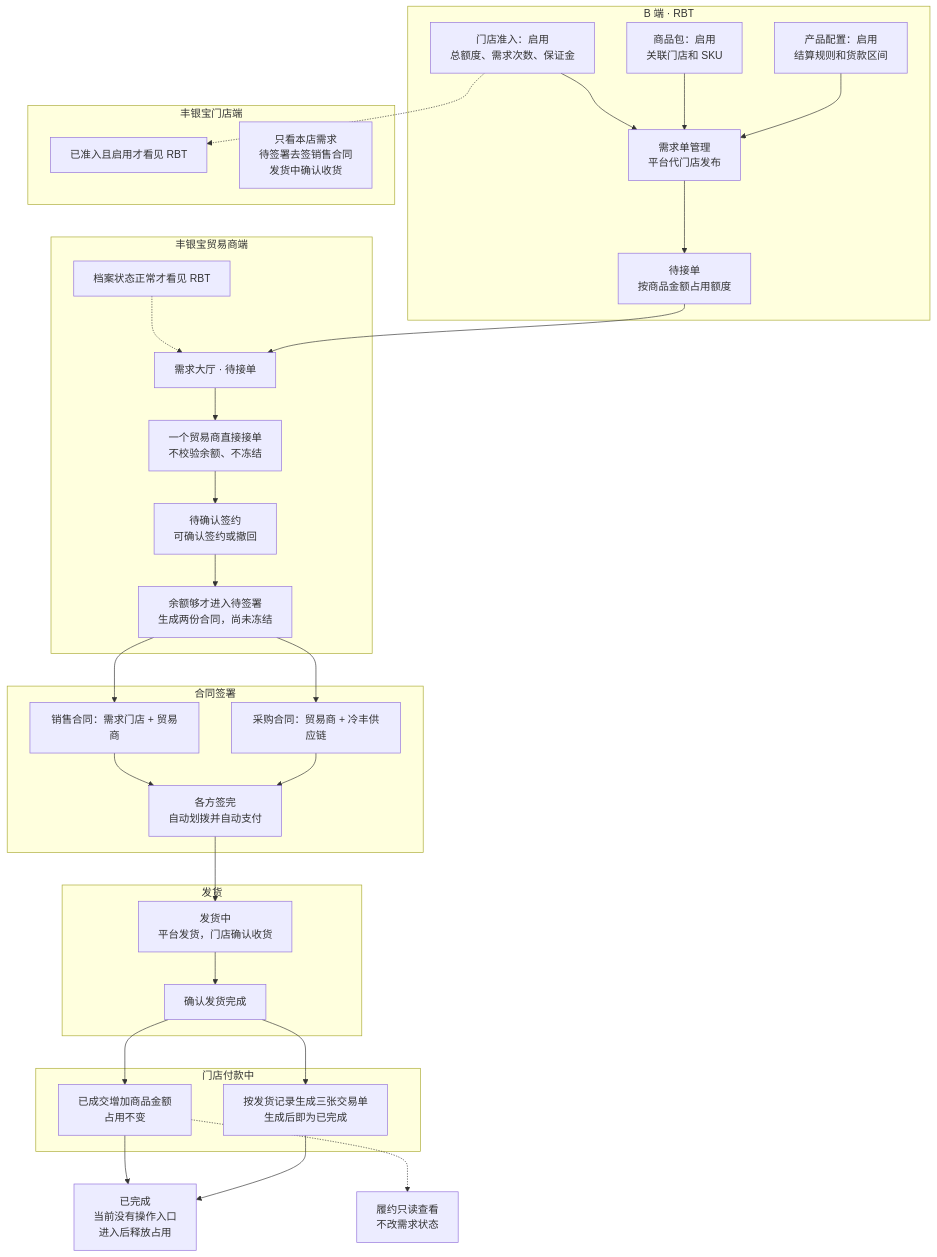
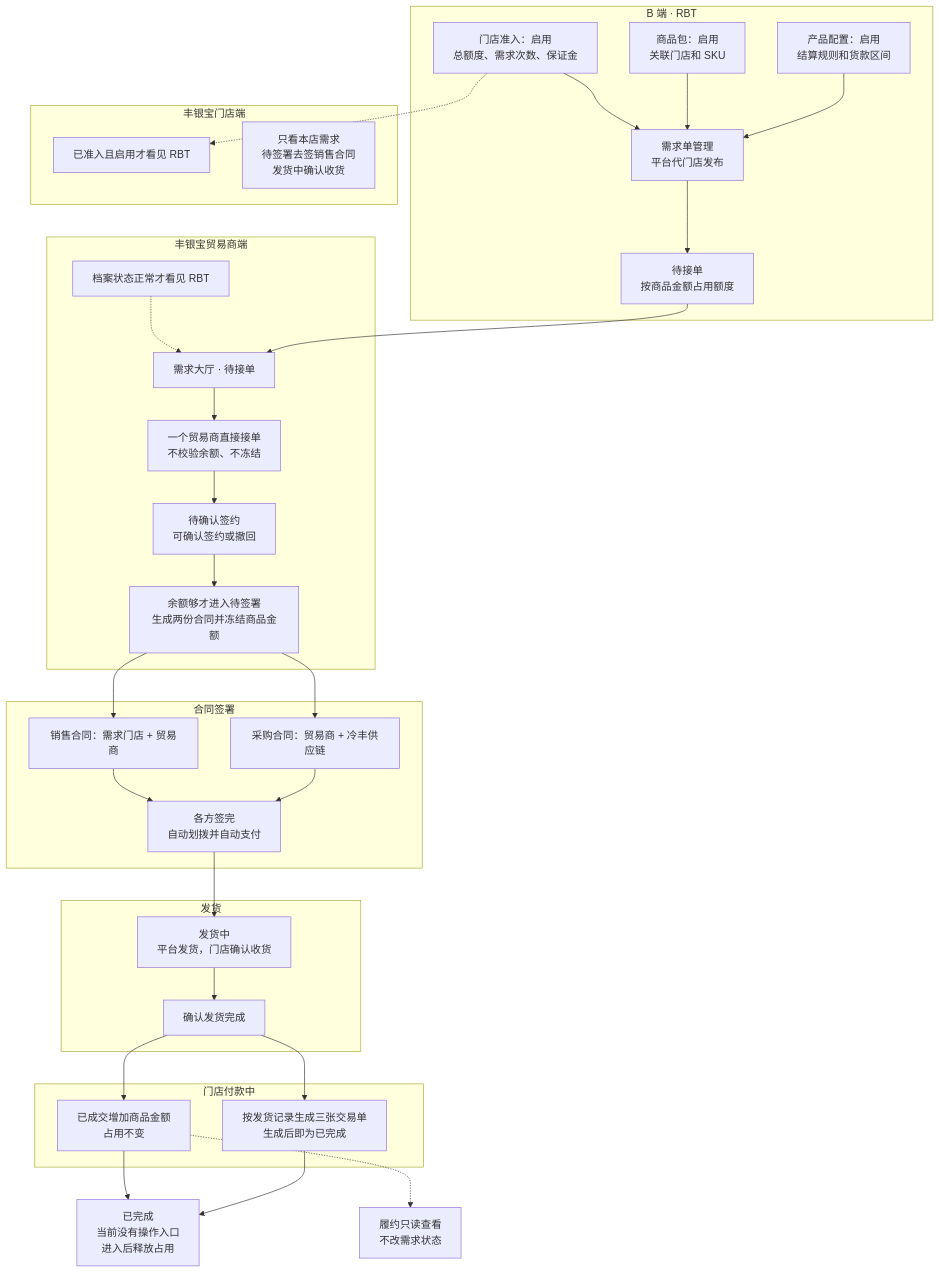
One commit to 342-droid/LFerp changed the first of 8 diagrams in RBT/docs/1-整体业务流程图.md. Above: the diagram before and after it, drawn with Mermaid. The commit also changed other lines of this file and 6 other files, not shown here.

````diff
--- a/RBT/docs/1-整体业务流程图.md
+++ b/RBT/docs/1-整体业务流程图.md
@@ -13,56 +13,56 @@
 ```mermaid
 flowchart TB
   subgraph B["B 端 · RBT"]
     A1[门店准入：启用<br/>总额度、需求次数、保证金]
     A2[商品包：启用<br/>关联门店和 SKU]
     A3[产品配置：启用<br/>结算规则和货款区间]
     A5[需求单管理<br/>平台代门店发布]
     B3[待接单<br/>按商品金额占用额度]
   end
 
   subgraph STORE["丰银宝门店端"]
     H1[已准入且启用才看见 RBT]
     H2[只看本店需求<br/>待签署去签销售合同<br/>发货中确认收货]
   end
 
   subgraph TRADER["丰银宝贸易商端"]
     D0[档案状态正常才看见 RBT]
     D1[需求大厅 · 待接单]
     D2[一个贸易商直接接单<br/>不校验余额、不冻结]
     D2b[待确认签约<br/>可确认签约或撤回]
-    D3[余额够才进入待签署<br/>生成两份合同，尚未冻结]
+    D3[余额够才进入待签署<br/>生成两份合同并冻结商品金额]
   end
 
   subgraph SIGN["合同签署"]
     E2[销售合同：需求门店 + 贸易商]
     E3[采购合同：贸易商 + 冷丰供应链]
     E4[各方签完<br/>自动划拨并自动支付]
   end
 
   subgraph SHIP["发货"]
     S1[发货中<br/>平台发货，门店确认收货]
     S2[确认发货完成]
   end
 
   subgraph PAY["门店付款中"]
     F1[已成交增加商品金额<br/>占用不变]
     F2[按发货记录生成三张交易单<br/>生成后即为已完成]
   end
 
   A1 --> A5
   A2 --> A5
   A3 --> A5
   A1 -.-> H1
   D0 -.-> D1
   A5 --> B3 --> D1 --> D2 --> D2b --> D3
   D3 --> E2
   D3 --> E3
   E2 --> E4
   E3 --> E4
   E4 --> S1 --> S2
   S2 --> F1
   S2 --> F2
   F1 --> G1[已完成<br/>当前没有操作入口<br/>进入后释放占用]
   F2 --> G1
   F1 -.-> P1[履约只读查看<br/>不改需求状态]
 ```
````
